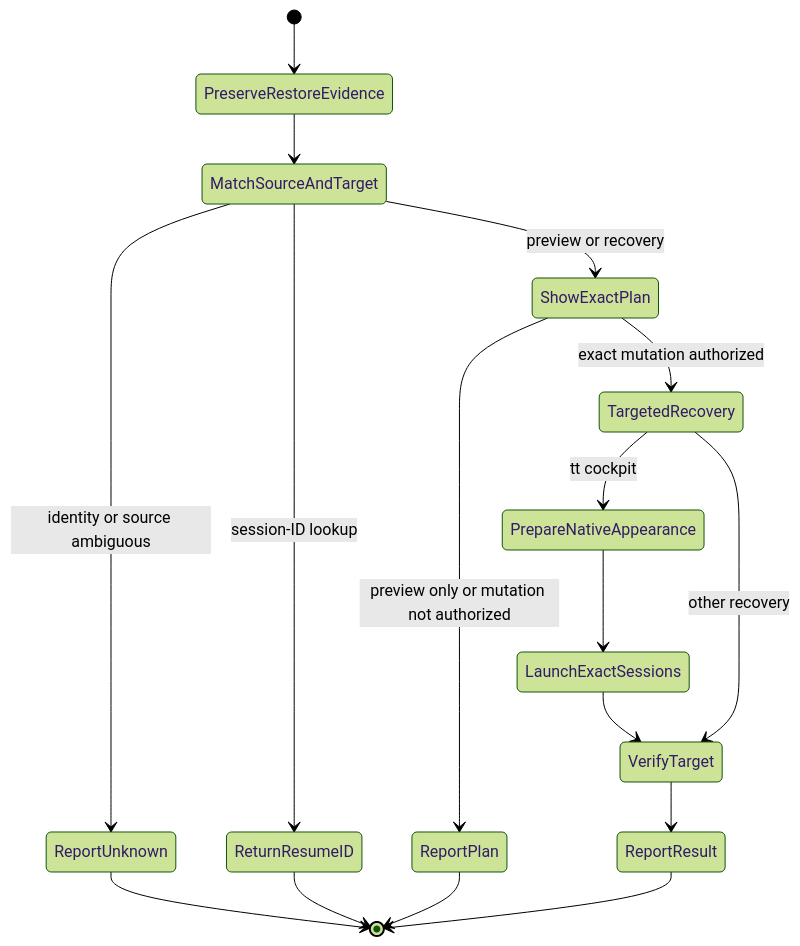
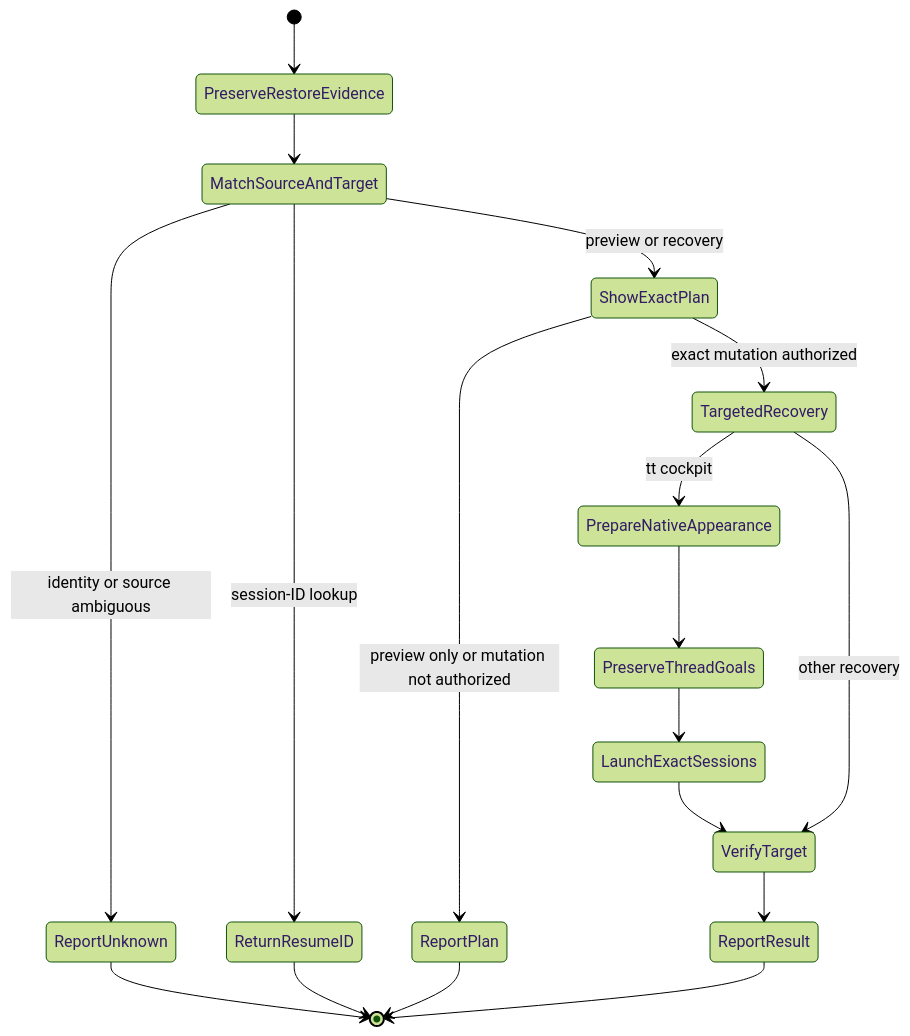
Before and after one commit to vincentkoc/dotskills: the diagram in skills/codex-session-recovery/SKILL.md, drawn with Mermaid (forest theme). The commit also changed other lines of this file and 1 other file, not shown here.

Commit message:
fix(recovery): preserve goals during cockpit restoration

````diff
--- a/skills/codex-session-recovery/SKILL.md
+++ b/skills/codex-session-recovery/SKILL.md
@@ -65,19 +66,20 @@
 ```mermaid
 stateDiagram-v2
     [*] --> PreserveRestoreEvidence
     PreserveRestoreEvidence --> MatchSourceAndTarget
     MatchSourceAndTarget --> ReportUnknown: identity or source ambiguous
     MatchSourceAndTarget --> ReturnResumeID: session-ID lookup
     MatchSourceAndTarget --> ShowExactPlan: preview or recovery
     ShowExactPlan --> ReportPlan: preview only or mutation not authorized
     ShowExactPlan --> TargetedRecovery: exact mutation authorized
     TargetedRecovery --> PrepareNativeAppearance: tt cockpit
-    PrepareNativeAppearance --> LaunchExactSessions
+    PrepareNativeAppearance --> PreserveThreadGoals
+    PreserveThreadGoals --> LaunchExactSessions
     LaunchExactSessions --> VerifyTarget
     TargetedRecovery --> VerifyTarget: other recovery
     VerifyTarget --> ReportResult
     ReportUnknown --> [*]
     ReturnResumeID --> [*]
     ReportPlan --> [*]
     ReportResult --> [*]
 ```
````
